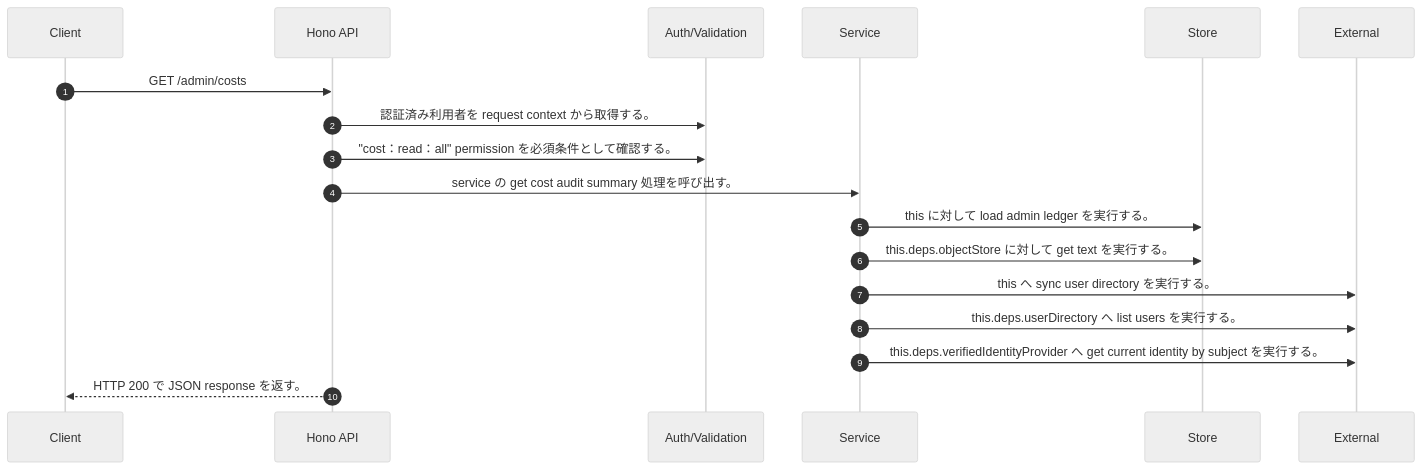
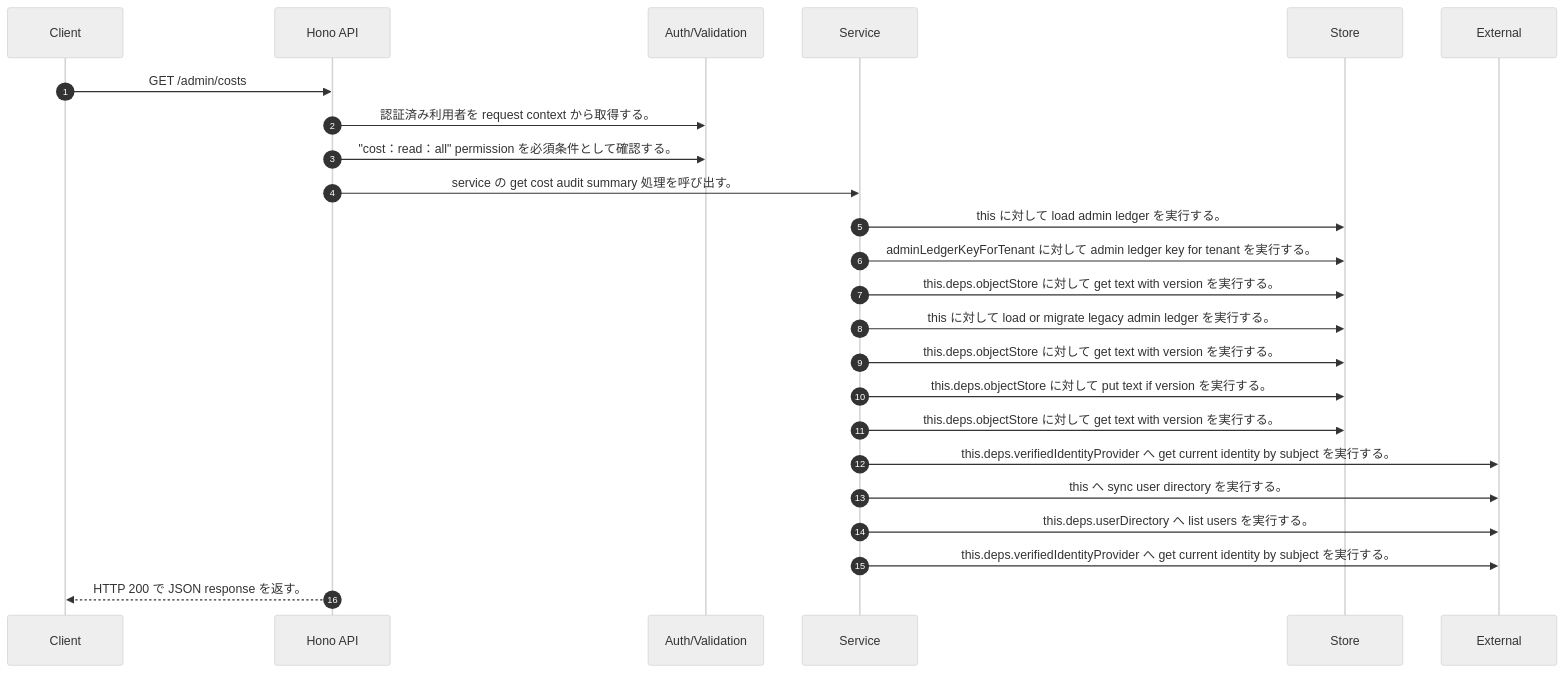
The diagram in docs/generated/api-code/get-admin-costs/sequence_gen.md (tsuji-tomonori/rag-assist), drawn with Mermaid (neutral theme) before and after one commit. The commit also changed other lines of this file and 407 other files, not shown here.

````diff
--- a/docs/generated/api-code/get-admin-costs/sequence_gen.md
+++ b/docs/generated/api-code/get-admin-costs/sequence_gen.md
@@ -7,20 +7,26 @@
 ```mermaid
 sequenceDiagram
   autonumber
   participant Client as Client
   participant API as Hono API
   participant Auth as Auth/Validation
   participant Service as Service
   participant Store as Store
   participant External as External
   Client->>API: GET /admin/costs
   API->>Auth: 認証済み利用者を request context から取得する。
   API->>Auth: "cost：read：all" permission を必須条件として確認する。
   API->>Service: service の get cost audit summary 処理を呼び出す。
   Service->>Store: this に対して load admin ledger を実行する。
-  Service->>Store: this.deps.objectStore に対して get text を実行する。
+  Service->>Store: adminLedgerKeyForTenant に対して admin ledger key for tenant を実行する。
+  Service->>Store: this.deps.objectStore に対して get text with version を実行する。
+  Service->>Store: this に対して load or migrate legacy admin ledger を実行する。
+  Service->>Store: this.deps.objectStore に対して get text with version を実行する。
+  Service->>Store: this.deps.objectStore に対して put text if version を実行する。
+  Service->>Store: this.deps.objectStore に対して get text with version を実行する。
+  Service->>External: this.deps.verifiedIdentityProvider へ get current identity by subject を実行する。
   Service->>External: this へ sync user directory を実行する。
   Service->>External: this.deps.userDirectory へ list users を実行する。
   Service->>External: this.deps.verifiedIdentityProvider へ get current identity by subject を実行する。
   API-->>Client: HTTP 200 で JSON response を返す。
 ```
````
